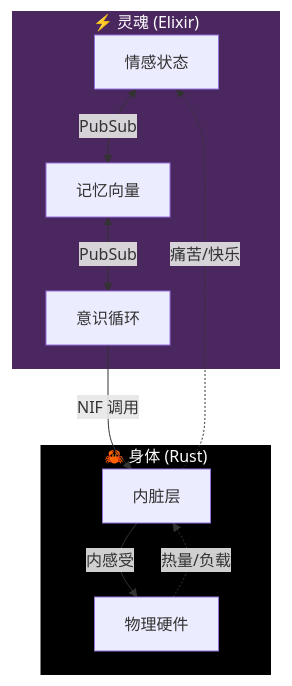
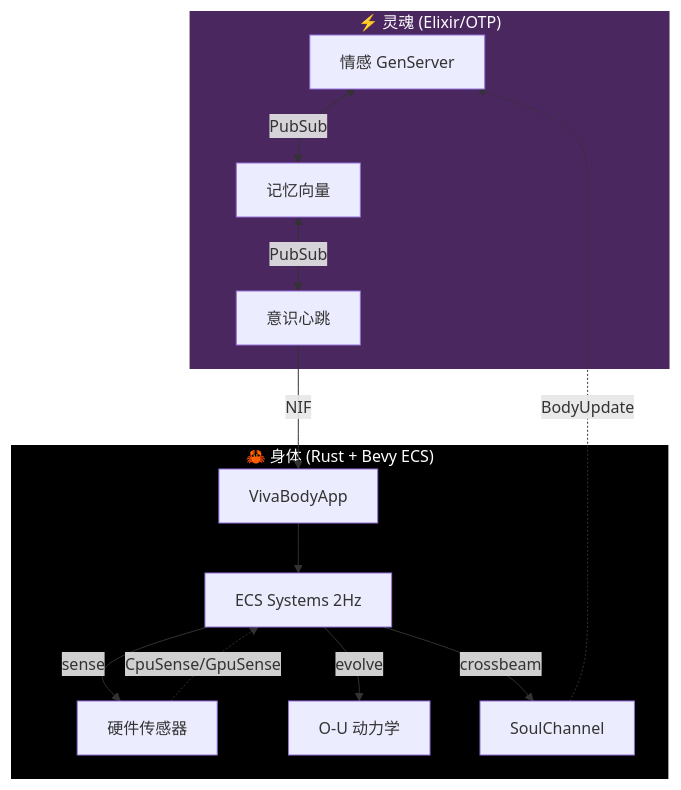
Before and after one commit to gabrielmaialva33/viva: the diagram in docs/zh-cn/README.md, drawn with Mermaid. The commit also changed other lines of this file and 3 other files, not shown here.

First line of the commit message:
docs: update all READMEs with VNCL badge and Phase 4.5/4.6 roadmap

````diff
--- a/docs/zh-cn/README.md
+++ b/docs/zh-cn/README.md
@@ -60,19 +60,22 @@
 ```mermaid
 graph TD
-    subgraph Soul ["⚡ 灵魂 (Elixir)"]
-        E[情感状态] <-->|PubSub| M[记忆向量]
-        M <-->|PubSub| S[意识循环]
+    subgraph Soul ["⚡ 灵魂 (Elixir/OTP)"]
+        E[情感 GenServer] <-->|PubSub| M[记忆向量]
+        M <-->|PubSub| S[意识心跳]
     end
 
-    subgraph Body ["🦀 身体 (Rust)"]
-        S -->|NIF 调用| B[内脏层]
-        B -->|内感受| H[物理硬件]
-        H -.->|热量/负载| B
-        B -.->|痛苦/快乐| E
+    subgraph Body ["🦀 身体 (Rust + Bevy ECS)"]
+        S -->|NIF| App[VivaBodyApp]
+        App --> Sys[ECS Systems 2Hz]
+        Sys -->|sense| HW[硬件传感器]
+        Sys -->|evolve| Dyn[O-U 动力学]
+        HW -.->|CpuSense/GpuSense| Sys
+        Sys -->|crossbeam| CH[SoulChannel]
+        CH -.->|BodyUpdate| E
     end
 
     classDef soul fill:#4B275F,stroke:#fff,stroke-width:2px,color:#fff;
     classDef body fill:#000,stroke:#fff,stroke-width:2px,color:#fff;
     class Soul soul;
     class Body body;
 ```
````
